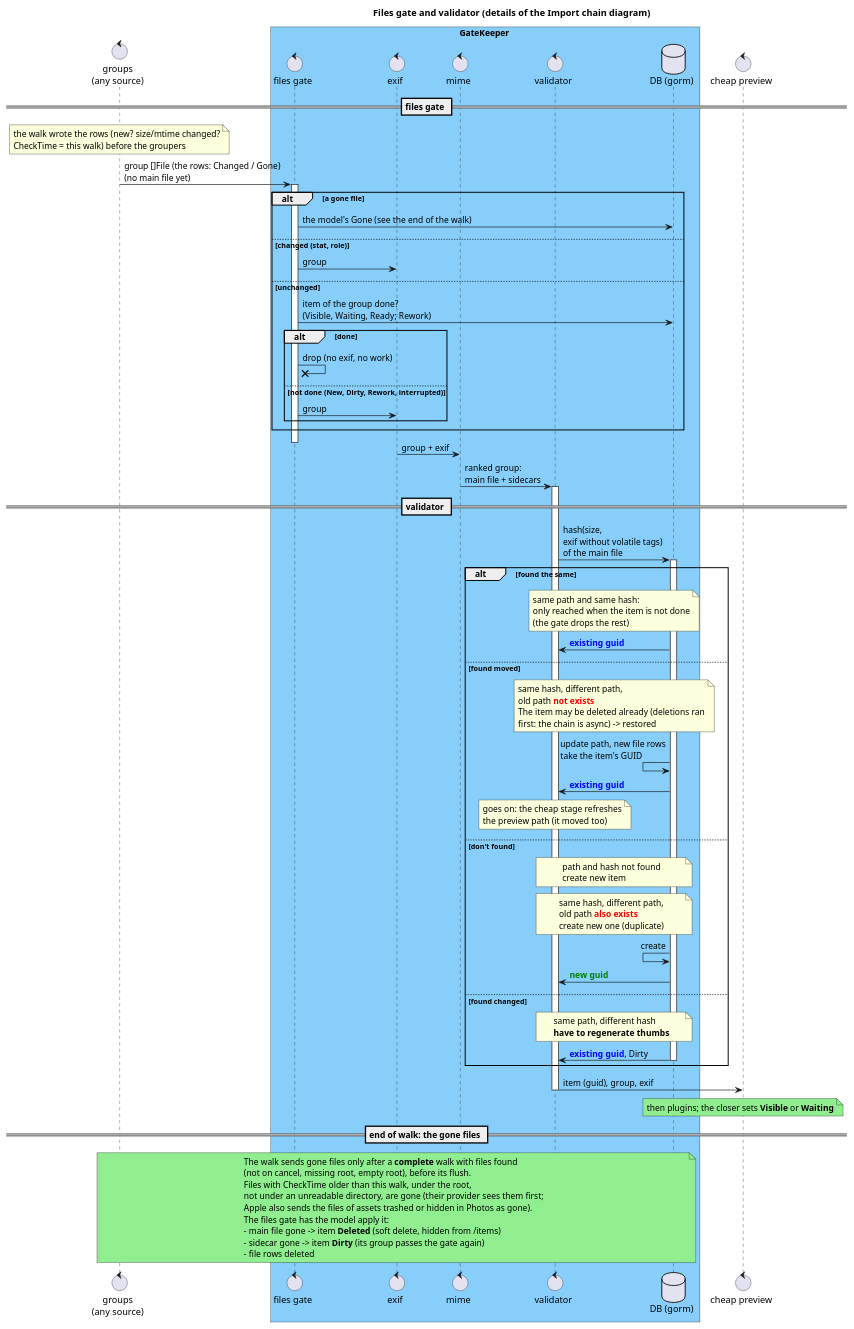
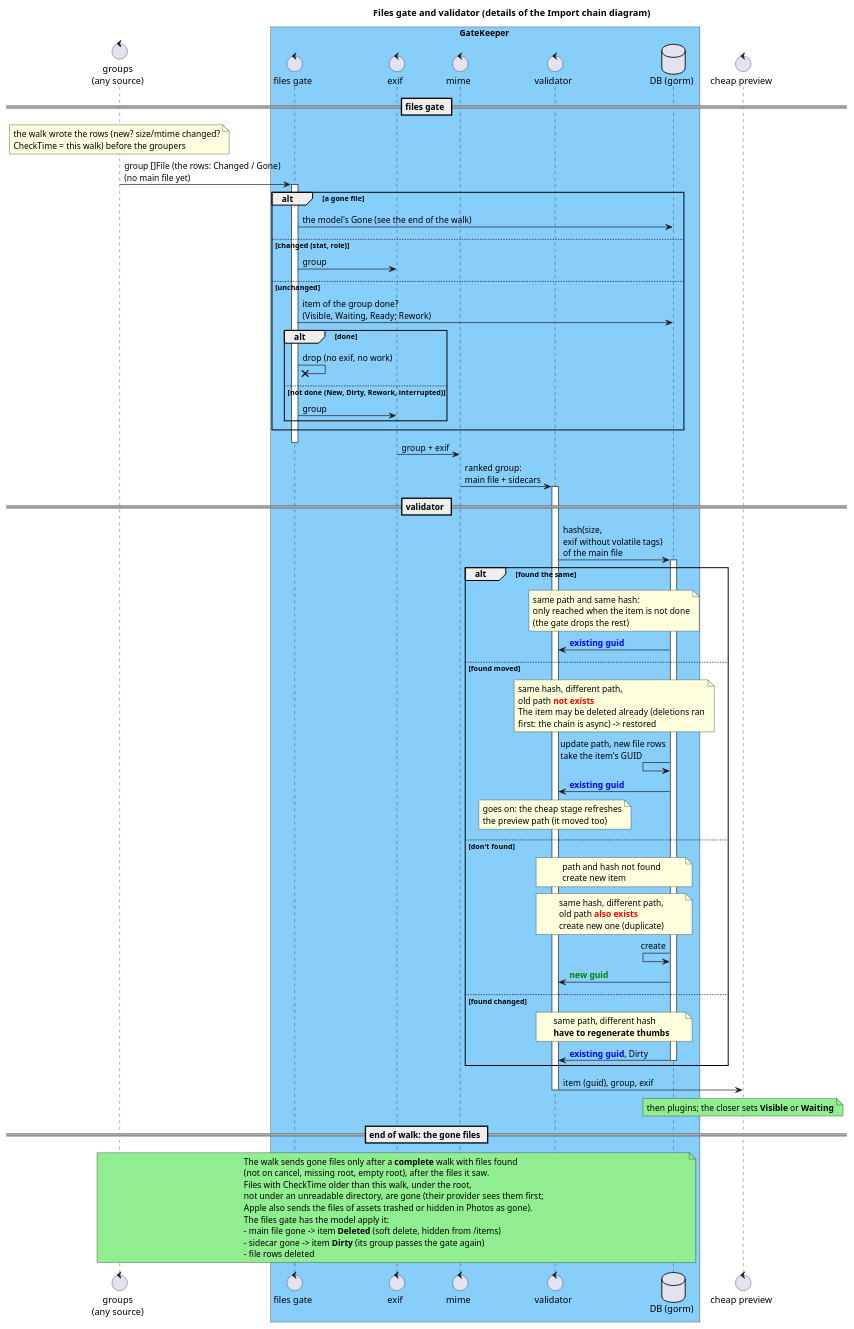
Before and after one commit to eggs-gd/Perceptrail: the diagram in _sb/puml/Walker.puml, drawn with PlantUML. The commit also changed 36 other files, not shown here.

```diff
--- a/_sb/puml/Walker.puml
+++ b/_sb/puml/Walker.puml
@@ -1,104 +1,104 @@
 @startuml Walker and validating
 
 !pragma teoz true
 
 title Files gate and validator (details of the Import chain diagram)
 
 control "groups\n(any source)" as Groups
 box GateKeeper #LightSkyBlue
 control "files gate" as Gate
 control "exif" as Exif
 control "mime" as Mime
 control "validator" as Validator
 database "DB (gorm)" as DB
 end box
 control "cheap preview" as Transcode
 
 == files gate ==
 
 note over Groups: the walk wrote the rows (new? size/mtime changed?\nCheckTime = this walk) before the groupers
 Groups -> Gate: group []File (the rows: Changed / Gone)\n(no main file yet)
 activate Gate
 alt a gone file
     Gate -> DB: the model's Gone (see the end of the walk)
 else changed (stat, role)
     Gate -> Exif: group
 else unchanged
     Gate -> DB: item of the group done?\n(Visible, Waiting, Ready; Rework)
     alt done
         Gate ->x Gate: drop (no exif, no work)
     else not done (New, Dirty, Rework, interrupted)
         Gate -> Exif: group
     end
 end
 deactivate Gate
 
 Exif -> Mime: group + exif
 Mime -> Validator: ranked group:\nmain file + sidecars
 activate Validator
 
 == validator ==
 
 Validator -> DB: hash(size,\nexif without volatile tags)\nof the main file
 activate DB
 
 alt found the same
     note over Validator, DB
     same path and same hash:
     only reached when the item is not done
     (the gate drops the rest)
     end note
     DB -> Validator: <font color=blue><b>existing guid
 
 else found moved
     note over Validator, DB
     same hash, different path,
     old path <b><font color=red>not exists
     The item may be deleted already (deletions ran
     first: the chain is async) -> restored
     end note
     DB <- DB: update path, new file rows\ntake the item's GUID
     DB -> Validator: <font color=blue><b>existing guid
     note over Validator: goes on: the cheap stage refreshes\nthe preview path (it moved too)
 
 else don't found
     note over Validator, DB
     path and hash not found
     create new item
     end note
     note over Validator, DB
     same hash, different path,
     old path <b><font color=red>also exists
     create new one (duplicate)
     end note
     DB <- DB: create
     DB -> Validator: <font color=green><b>new guid
 
 else found changed
     note over Validator, DB
     same path, different hash
     <b>have to regenerate thumbs
     end note
     DB -> Validator: <font color=blue><b>existing guid</b></font>, Dirty
     deactivate DB
 end
 
 Validator -> Transcode: item (guid), group, exif
 deactivate Validator
 note over Transcode #LightGreen: then plugins; the closer sets <b>Visible</b> or <b>Waiting</b>
 
 == end of walk: the gone files ==
 
 note over Groups, DB #LightGreen
 The walk sends gone files only after a <b>complete</b> walk with files found
-(not on cancel, missing root, empty root), before its flush.
+(not on cancel, missing root, empty root), after the files it saw.
 Files with CheckTime older than this walk, under the root,
 not under an unreadable directory, are gone (their provider sees them first;
 Apple also sends the files of assets trashed or hidden in Photos as gone).
 The files gate has the model apply it:
 - main file gone -> item <b>Deleted</b> (soft delete, hidden from /items)
 - sidecar gone -> item <b>Dirty</b> (its group passes the gate again)
 - file rows deleted
 end note
 
 @enduml
```
